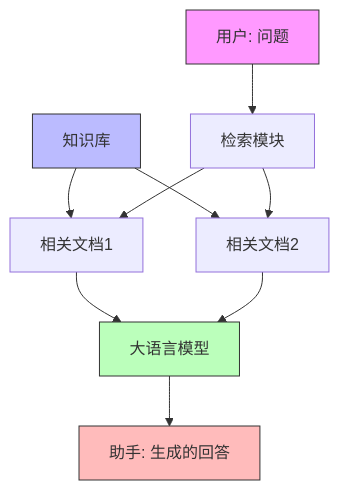
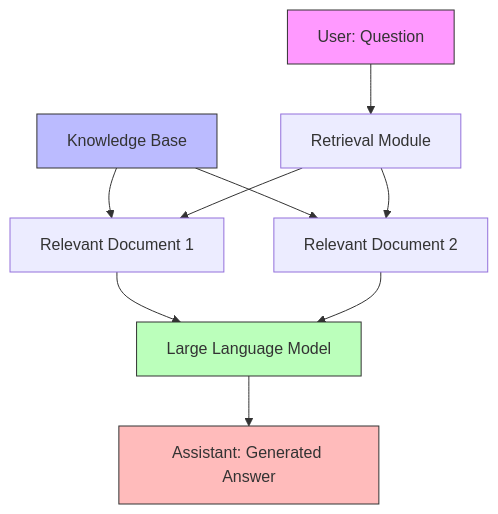
The second of 6 diagrams in docs/tutorial/README.md (rag-web-ui/rag-web-ui), drawn with Mermaid before and after one commit. The commit also changed other lines of this file and 1 other file, not shown here.

````diff
--- a/docs/tutorial/README.md
+++ b/docs/tutorial/README.md
@@ -127,16 +125,16 @@
 ```mermaid
 flowchart TD
-    User["用户: 问题"] --> Retrieval["检索模块"]
-    KB["知识库"] --> Doc1["相关文档1"]
-    KB --> Doc2["相关文档2"]
-    Retrieval --> Doc1
-    Retrieval --> Doc2
-    Doc1 --> LLM["大语言模型"]
-    Doc2 --> LLM
-    LLM --> Answer["助手: 生成的回答"]
+  User["User: Question"] --> Retrieval["Retrieval Module"]
+  KB["Knowledge Base"] --> Doc1["Relevant Document 1"]
+  KB --> Doc2["Relevant Document 2"]
+  Retrieval --> Doc1
+  Retrieval --> Doc2
+  Doc1 --> LLM["Large Language Model"]
+  Doc2 --> LLM
+  LLM --> Answer["Assistant: Generated Answer"]
 
-    style User fill:#f9f,stroke:#333
-    style KB fill:#bbf,stroke:#333
-    style LLM fill:#bfb,stroke:#333
-    style Answer fill:#fbb,stroke:#333
+  style User fill:#f9f,stroke:#333
+  style KB fill:#bbf,stroke:#333
+  style LLM fill:#bfb,stroke:#333
+  style Answer fill:#fbb,stroke:#333
 ```
````
